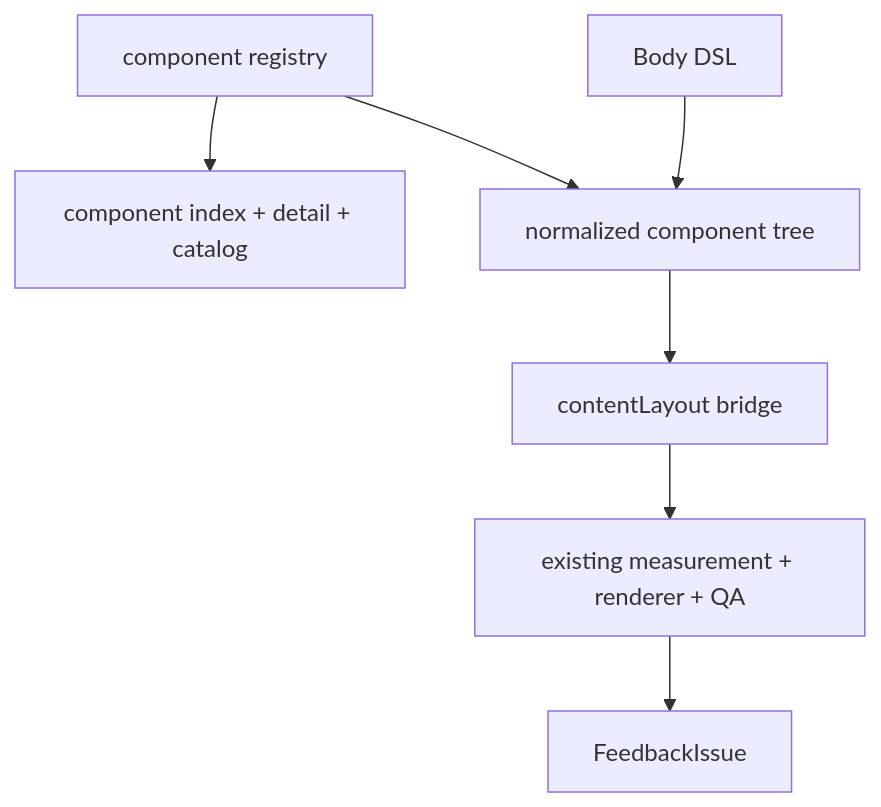
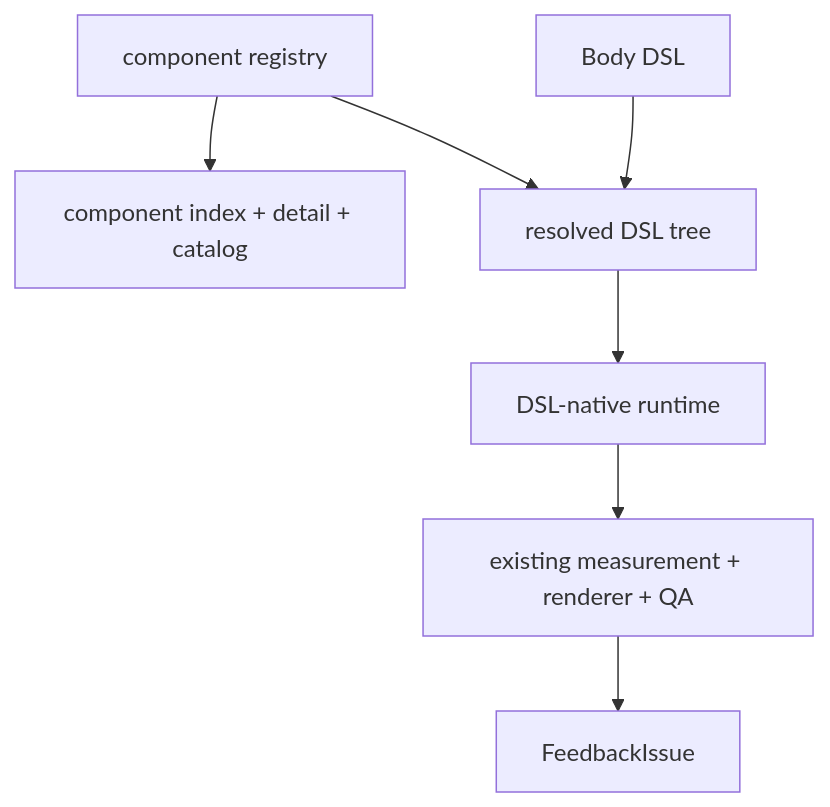
Before and after one commit to MozhiJiawei/hw-ppt-gen: the diagram in docs/plans/2026-05-31-002-refactor-body-dsl-registry-bridge-plan.md, drawn with Mermaid. The commit also changed other lines of this file and 79 other files, not shown here.

````diff
--- a/docs/plans/2026-05-31-002-refactor-body-dsl-registry-bridge-plan.md
+++ b/docs/plans/2026-05-31-002-refactor-body-dsl-registry-bridge-plan.md
@@ -92,17 +93,17 @@
 ```mermaid
 flowchart TB
   DSL["Body DSL"]
   Registry["component registry"]
   Catalog["component index + detail + catalog"]
-  Tree["normalized component tree"]
-  Bridge["contentLayout bridge"]
+  Tree["resolved DSL tree"]
+  Runtime["DSL-native runtime"]
   Existing["existing measurement + renderer + QA"]
   Feedback["FeedbackIssue"]
 
   Registry --> Catalog
   DSL --> Tree
   Registry --> Tree
-  Tree --> Bridge
-  Bridge --> Existing
+  Tree --> Runtime
+  Runtime --> Existing
   Existing --> Feedback
 ```
````
